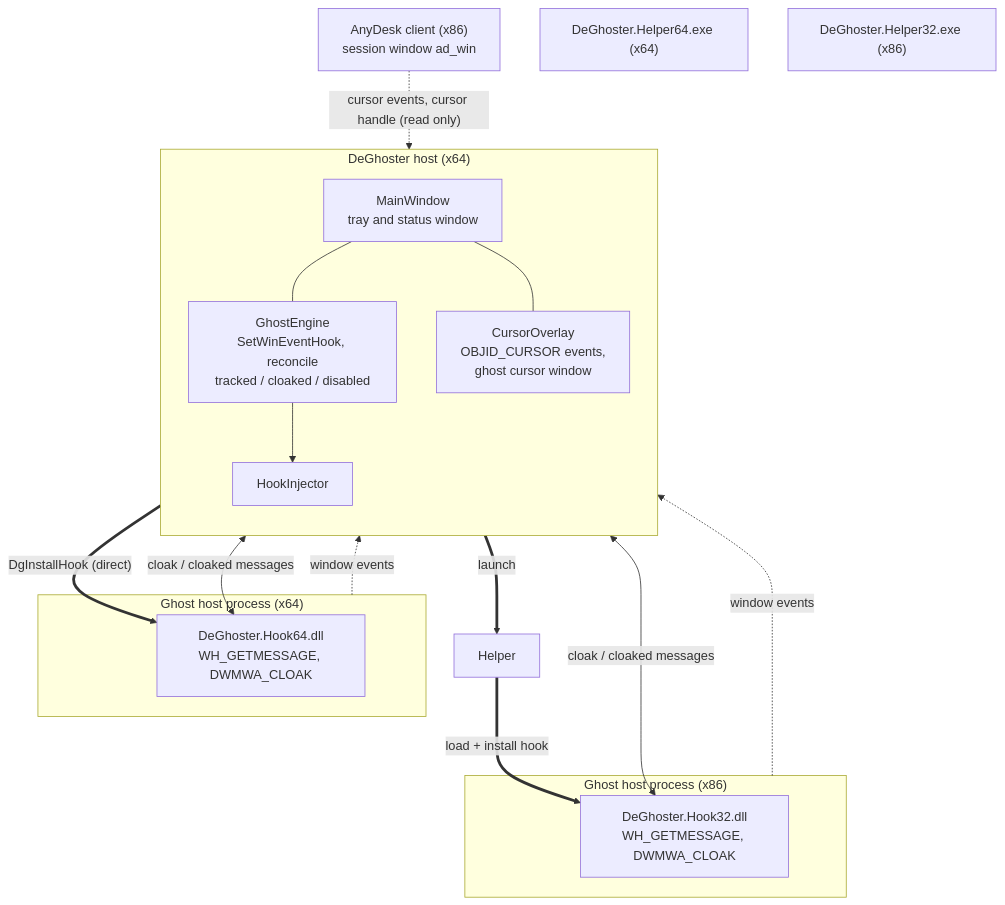
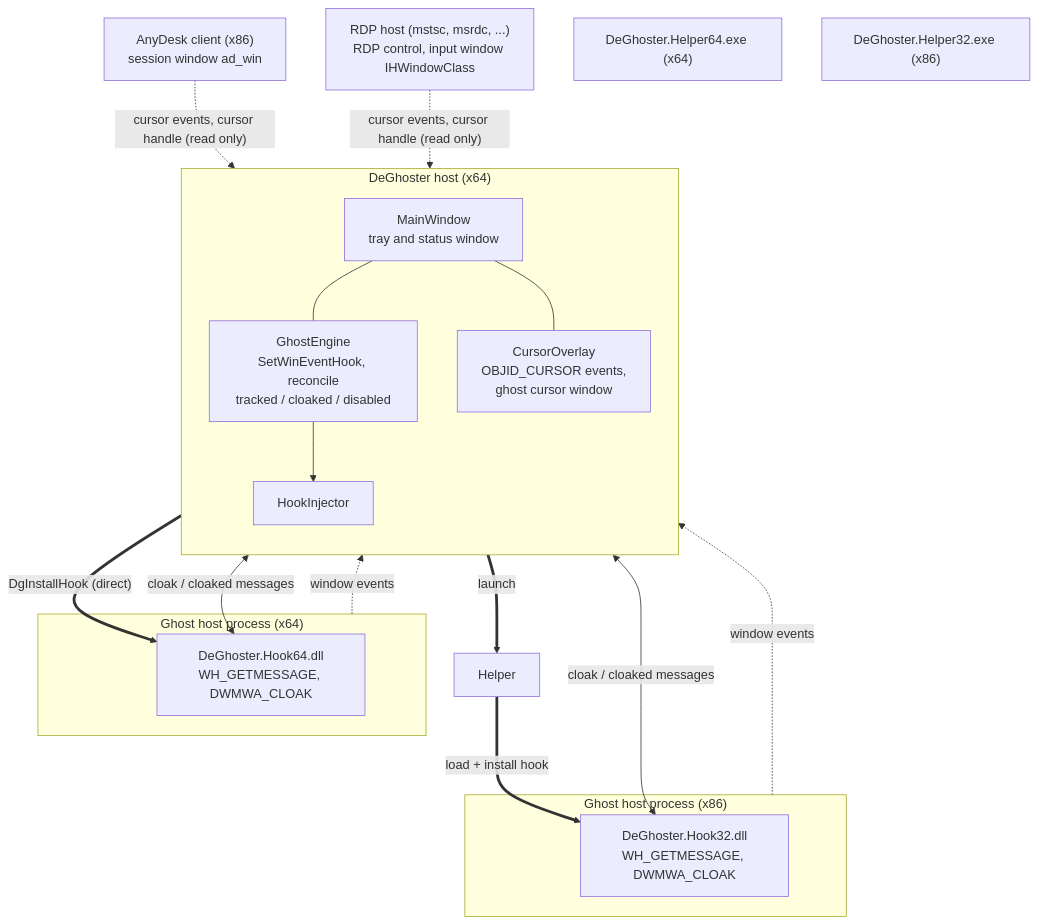
Before and after one commit to motwok/DeGhoster: the first of 2 diagrams in docs/Architecture.md, drawn with Mermaid. The commit also changed other lines of this file and 62 other files, not shown here.

First line of the commit message:
feat: enlarge the RDP remote cursor, Windows-style tray menu (#21)

````diff
--- a/docs/Architecture.md
+++ b/docs/Architecture.md
@@ -17,35 +18,37 @@
 ```mermaid
 flowchart TB
     subgraph Host["DeGhoster host (x64)"]
         direction TB
         UI["MainWindow<br/>tray and status window"]
         Engine["GhostEngine<br/>SetWinEventHook, reconcile<br/>tracked / cloaked / disabled"]
         Inj["HookInjector"]
         Overlay["CursorOverlay<br/>OBJID_CURSOR events,<br/>ghost cursor window"]
     end
 
     AnyDesk["AnyDesk client (x86)<br/>session window ad_win"]
+    Rdp["RDP host (mstsc, msrdc, ...)<br/>RDP control, input window IHWindowClass"]
 
     Helper64["DeGhoster.Helper64.exe (x64)"]
     Helper32["DeGhoster.Helper32.exe (x86)"]
 
     subgraph T64["Ghost host process (x64)"]
         H64["DeGhoster.Hook64.dll<br/>WH_GETMESSAGE, DWMWA_CLOAK"]
     end
 
     subgraph T32["Ghost host process (x86)"]
         H32["DeGhoster.Hook32.dll<br/>WH_GETMESSAGE, DWMWA_CLOAK"]
     end
 
     T64 -. "window events" .-> Engine
     T32 -. "window events" .-> Engine
     UI --- Engine
     UI --- Overlay
     AnyDesk -. "cursor events, cursor handle (read only)" .-> Overlay
+    Rdp -. "cursor events, cursor handle (read only)" .-> Overlay
     Engine --> Inj
     Inj == "DgInstallHook (direct)" ==> H64
     Inj == "launch" ==> Helper
     Helper == "load + install hook" ==> H32
     Engine <-- "cloak / cloaked messages" --> H64
     Engine <-- "cloak / cloaked messages" --> H32
 ```
````
